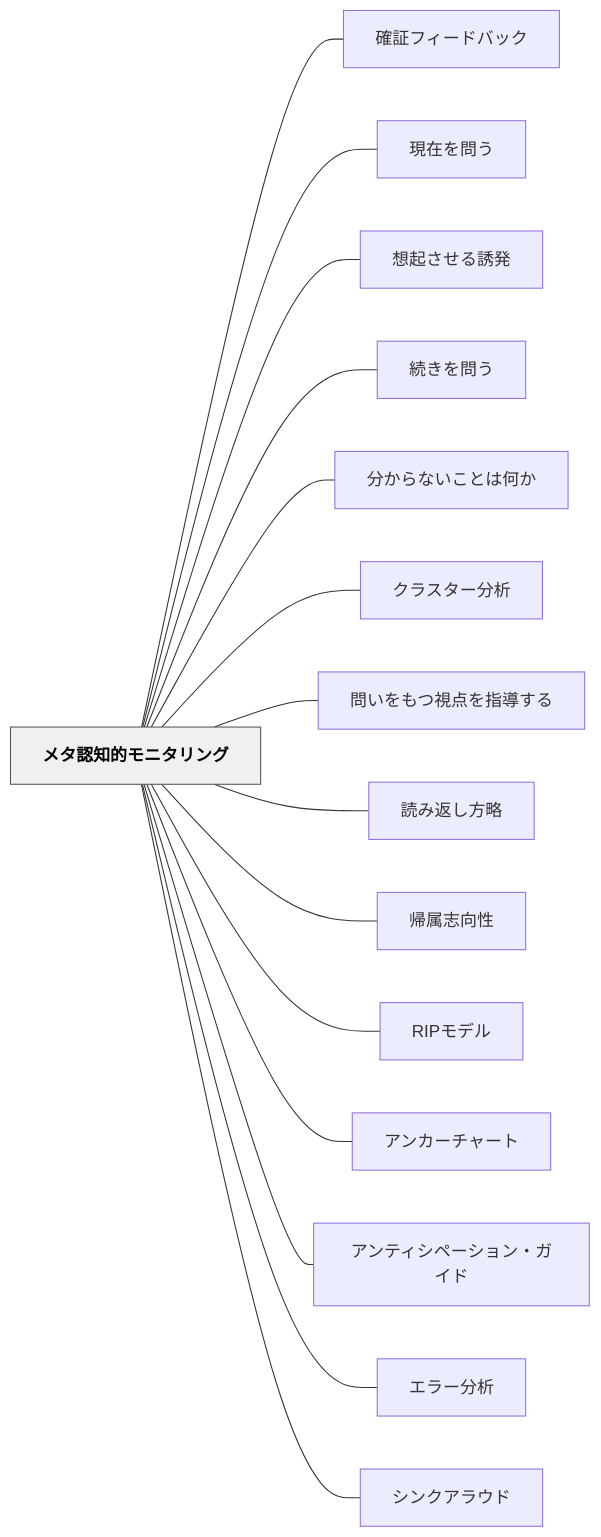
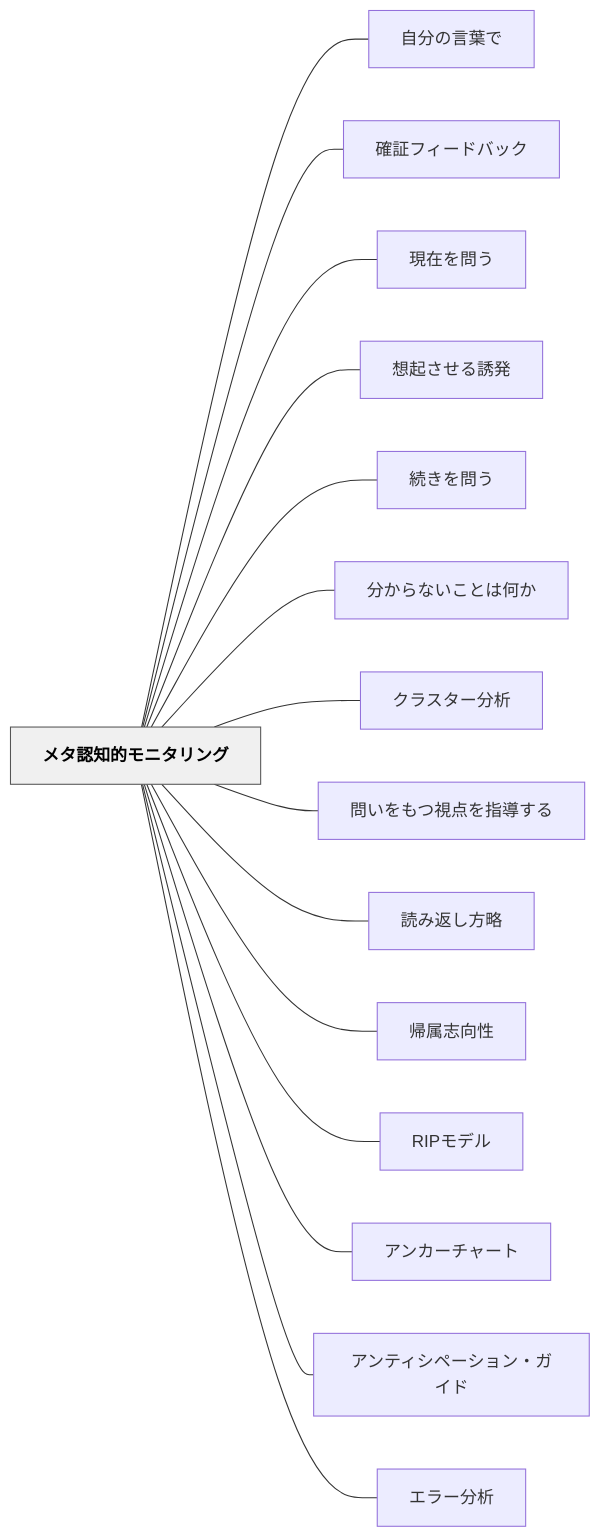
One commit to unknownthings-ed-patterns/unknownthings-ed-patterns changed the diagram in content/パタン/メタ認知的モニタリング.md. Above: the diagram before and after it, drawn with Mermaid. The commit also changed other lines of this file and 35 other files, not shown here.

````diff
--- a/content/パタン/メタ認知的モニタリング.md
+++ b/content/パタン/メタ認知的モニタリング.md
@@ -141,36 +141,36 @@
 ```mermaid
 flowchart LR
     ne383a1e382bfe8aa8de79fa5e79a84e383a2e3838be382bfe383aae383b3e382b0["メタ認知的モニタリング"]
+    ne887aae58886e381aee8a880e89189e381a7["自分の言葉で"]
     ne7a2bae8a8bce38395e382a3e383bce38389e38390e38383e382af["確証フィードバック"]
     ne78fbee59ca8e38292e5958fe38186["現在を問う"]
     ne683b3e8b5b7e38195e3819be3828be8aa98e799ba["想起させる誘発"]
     ne7b69ae3818de38292e5958fe38186["続きを問う"]
     ne58886e3818be38289e381aae38184e38193e381a8e381afe4bd95e3818b["分からないことは何か"]
     ne382afe383a9e382b9e382bfe383bce58886e69e90["クラスター分析"]
     ne5958fe38184e38292e38282e381a4e8a696e782b9e38292e68c87e5b08ee38199e3828b["問いをもつ視点を指導する"]
     ne8aaade381bfe8bf94e38197e696b9e795a5["読み返し方略"]
     ne5b8b0e5b19ee5bf97e59091e680a7["帰属志向性"]
     n524950e383a2e38387e383ab["RIPモデル"]
     ne382a2e383b3e382abe383bce38381e383a3e383bce38388["アンカーチャート"]
     ne382a2e383b3e38386e382a3e382b7e3839ae383bce382b7e383a7e383b3e383bbe382ace382a4e38389["アンティシペーション・ガイド"]
     ne382a8e383a9e383bce58886e69e90["エラー分析"]
-    ne382b7e383b3e382afe382a2e383a9e382a6e38389["シンクアラウド"]
 
+    ne383a1e382bfe8aa8de79fa5e79a84e383a2e3838be382bfe383aae383b3e382b0 --- ne887aae58886e381aee8a880e89189e381a7
     ne383a1e382bfe8aa8de79fa5e79a84e383a2e3838be382bfe383aae383b3e382b0 --- ne7a2bae8a8bce38395e382a3e383bce38389e38390e38383e382af
     ne383a1e382bfe8aa8de79fa5e79a84e383a2e3838be382bfe383aae383b3e382b0 --- ne78fbee59ca8e38292e5958fe38186
     ne383a1e382bfe8aa8de79fa5e79a84e383a2e3838be382bfe383aae383b3e382b0 --- ne683b3e8b5b7e38195e3819be3828be8aa98e799ba
     ne383a1e382bfe8aa8de79fa5e79a84e383a2e3838be382bfe383aae383b3e382b0 --- ne7b69ae3818de38292e5958fe38186
     ne383a1e382bfe8aa8de79fa5e79a84e383a2e3838be382bfe383aae383b3e382b0 --- ne58886e3818be38289e381aae38184e38193e381a8e381afe4bd95e3818b
     ne383a1e382bfe8aa8de79fa5e79a84e383a2e3838be382bfe383aae383b3e382b0 --- ne382afe383a9e382b9e382bfe383bce58886e69e90
     ne383a1e382bfe8aa8de79fa5e79a84e383a2e3838be382bfe383aae383b3e382b0 --- ne5958fe38184e38292e38282e381a4e8a696e782b9e38292e68c87e5b08ee38199e3828b
     ne383a1e382bfe8aa8de79fa5e79a84e383a2e3838be382bfe383aae383b3e382b0 --- ne8aaade381bfe8bf94e38197e696b9e795a5
     ne383a1e382bfe8aa8de79fa5e79a84e383a2e3838be382bfe383aae383b3e382b0 --- ne5b8b0e5b19ee5bf97e59091e680a7
     ne383a1e382bfe8aa8de79fa5e79a84e383a2e3838be382bfe383aae383b3e382b0 --- n524950e383a2e38387e383ab
     ne383a1e382bfe8aa8de79fa5e79a84e383a2e3838be382bfe383aae383b3e382b0 --- ne382a2e383b3e382abe383bce38381e383a3e383bce38388
     ne383a1e382bfe8aa8de79fa5e79a84e383a2e3838be382bfe383aae383b3e382b0 --- ne382a2e383b3e38386e382a3e382b7e3839ae383bce382b7e383a7e383b3e383bbe382ace382a4e38389
     ne383a1e382bfe8aa8de79fa5e79a84e383a2e3838be382bfe383aae383b3e382b0 --- ne382a8e383a9e383bce58886e69e90
-    ne383a1e382bfe8aa8de79fa5e79a84e383a2e3838be382bfe383aae383b3e382b0 --- ne382b7e383b3e382afe382a2e383a9e382a6e38389
 
     classDef hub fill:#f0f0f0,stroke:#555,color:#000,font-weight:bold
     class ne383a1e382bfe8aa8de79fa5e79a84e383a2e3838be382bfe383aae383b3e382b0 hub
 ```
````
